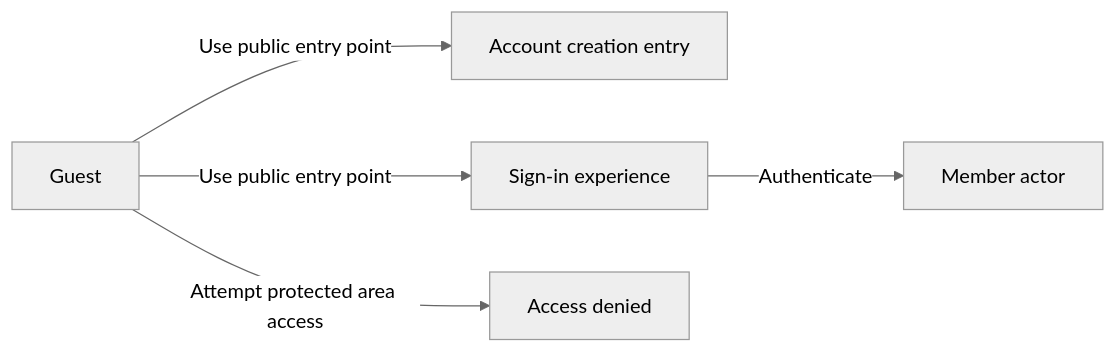
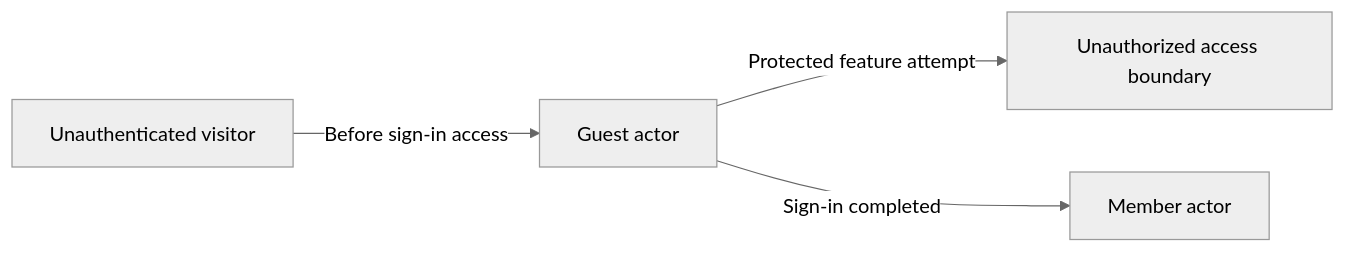
Before and after one commit to wrtnlabs/autobe-examples: the first of 9 diagrams in openai/gpt-5.4-mini/erp/docs/analysis/01-actors-and-auth.md, drawn with Mermaid (neutral theme). The commit also changed other lines of this file and 9017 other files, not shown here.

````diff
--- a/openai/gpt-5.4-mini/erp/docs/analysis/01-actors-and-auth.md
+++ b/openai/gpt-5.4-mini/erp/docs/analysis/01-actors-and-auth.md
@@ -25,7 +23,6 @@
 ```mermaid
 flowchart LR
-    A["Guest"] -->|"Use public entry point"| B["Account creation entry"]
-    A -->|"Use public entry point"| C["Sign-in experience"]
-    A -->|"Attempt protected area access"| D["Access denied"]
-    C -->|"Authenticate"| E["Member actor"]
+    A["Unauthenticated visitor"] -->|"Before sign-in access"| B["Guest actor"]
+    B -->|"Protected feature attempt"| C["Unauthorized access boundary"]
+    B -->|"Sign-in completed"| D["Member actor"]
 ```
````
